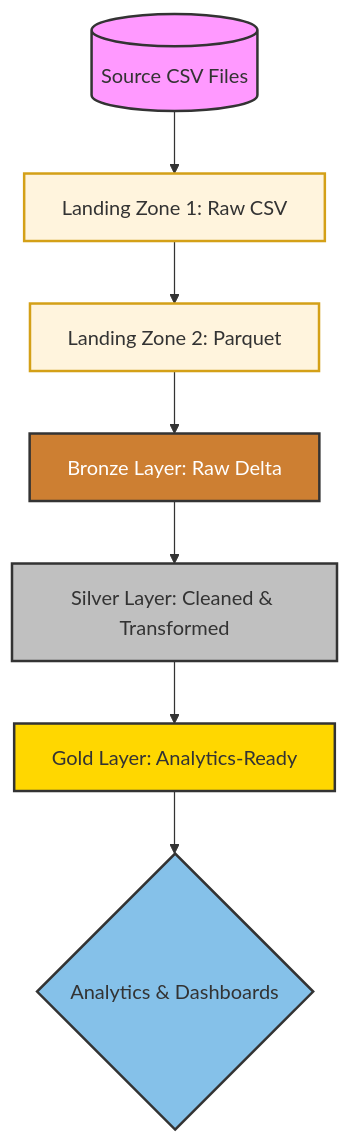
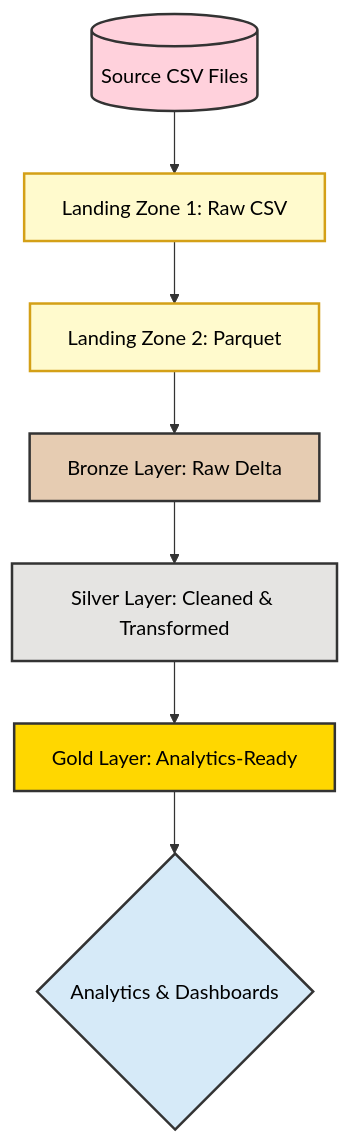
One commit to ShubhamMohanty680/End_to_End_Ecommerce_AzureDatabricks changed the diagram in README.md. Above: the diagram before and after it, drawn with Mermaid.

Commit message:
Modify diagram styles for improved text visibility
Updated styles in the Medallion Architecture diagram to use black text for better readability.

````diff
--- a/README.md
+++ b/README.md
@@ -14,18 +14,18 @@
 ```mermaid
 graph TD
-    %% Define Styles
-    classDef source fill:#f9f,stroke:#333,stroke-width:2px;
-    classDef landing fill:#fff4dd,stroke:#d4a017,stroke-width:2px;
-    classDef bronze fill:#cd7f32,stroke:#333,stroke-width:2px,color:#fff;
-    classDef silver fill:#c0c0c0,stroke:#333,stroke-width:2px;
-    classDef gold fill:#ffd700,stroke:#333,stroke-width:2px;
-    classDef viz fill:#85C1E9,stroke:#333,stroke-width:2px;
+    %% Define Styles with Black Text
+    classDef source fill:#FFD1DC,stroke:#333,stroke-width:2px,color:#000;
+    classDef landing fill:#FFFACD,stroke:#d4a017,stroke-width:2px,color:#000;
+    classDef bronze fill:#E6CCB2,stroke:#333,stroke-width:2px,color:#000;
+    classDef silver fill:#E5E4E2,stroke:#333,stroke-width:2px,color:#000;
+    classDef gold fill:#FFD700,stroke:#333,stroke-width:2px,color:#000;
+    classDef viz fill:#D6EAF8,stroke:#333,stroke-width:2px,color:#000;
 
     %% Pipeline Flow
     S[(Source CSV Files)]:::source --> L1[Landing Zone 1: Raw CSV]:::landing
     L1 --> L2[Landing Zone 2: Parquet]:::landing
     L2 --> B[Bronze Layer: Raw Delta]:::bronze
     B --> Si[Silver Layer: Cleaned & Transformed]:::silver
     Si --> G[Gold Layer: Analytics-Ready]:::gold
     G --> V{Analytics & Dashboards}:::viz
 ```
````
